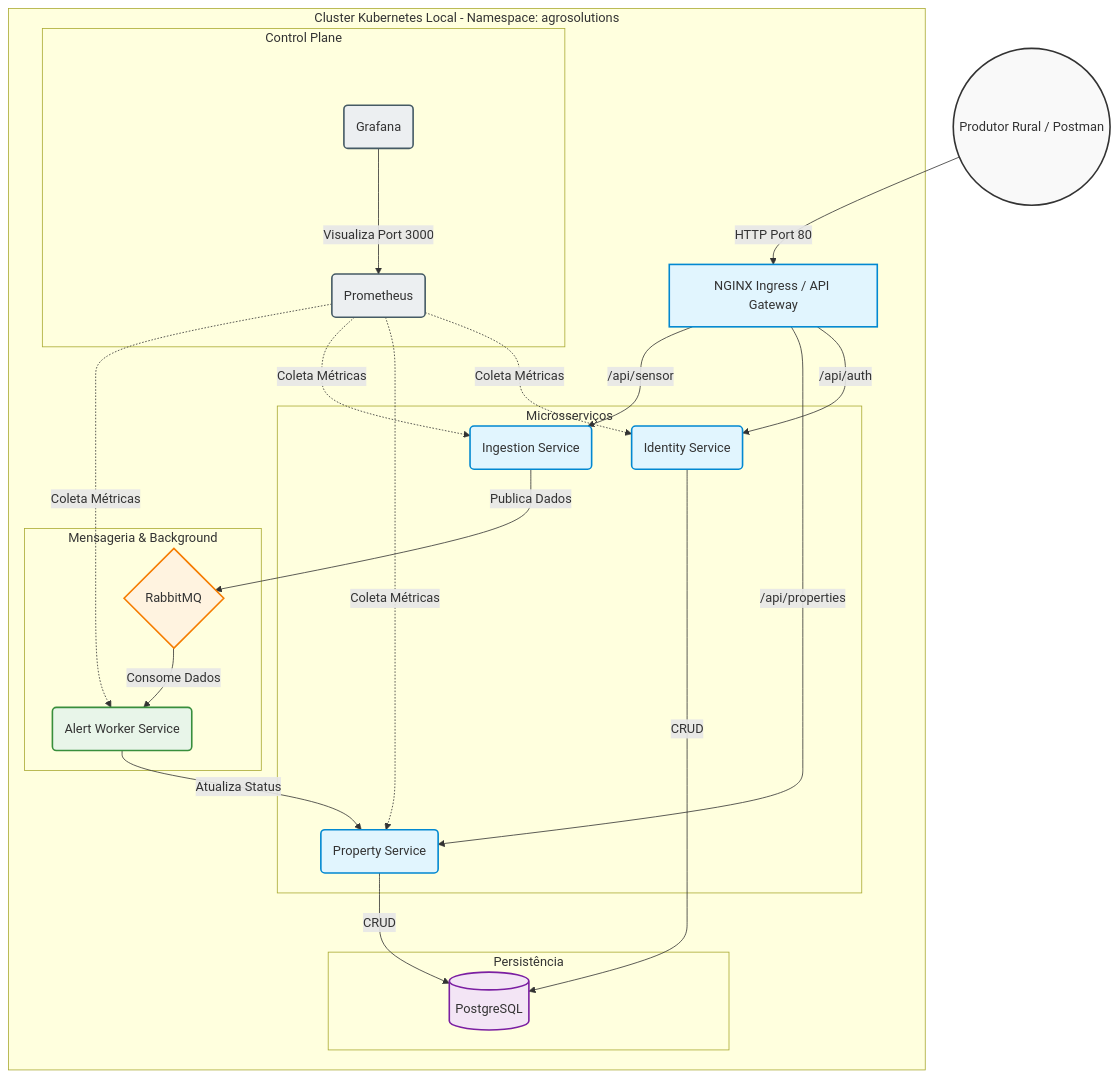
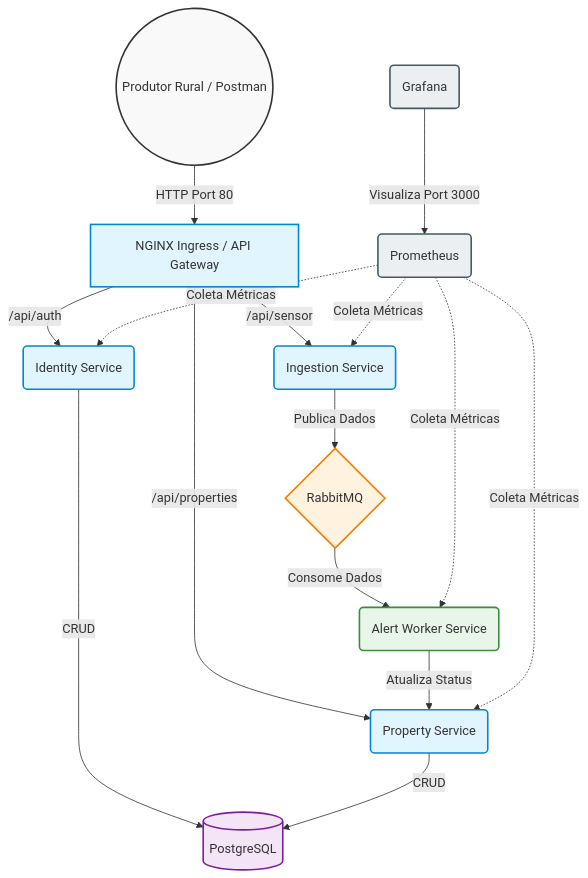
The diagram in README.md (thiagoreboredo/FIAP-AgroSolutions-Hackathon), drawn with Mermaid before and after one commit.

Commit message:
Ajuste no Diagrama de Arquitetura para renderizar corretamente.

````diff
--- a/README.md
+++ b/README.md
@@ -117,55 +117,44 @@
 ```mermaid
 graph TD
-    classDef client fill:#f9f9f9,stroke:#333,stroke-width:2px;
-    classDef api fill:#e1f5fe,stroke:#0288d1,stroke-width:2px;
-    classDef broker fill:#fff3e0,stroke:#f57c00,stroke-width:2px;
-    classDef worker fill:#e8f5e9,stroke:#388e3c,stroke-width:2px;
-    classDef db fill:#f3e5f5,stroke:#7b1fa2,stroke-width:2px;
-    classDef obs fill:#eceff1,stroke:#455a64,stroke-width:2px;
+    classDef client fill:#f9f9f9,stroke:#333,stroke-width:2px
+    classDef api fill:#e1f5fe,stroke:#0288d1,stroke-width:2px
+    classDef broker fill:#fff3e0,stroke:#f57c00,stroke-width:2px
+    classDef worker fill:#e8f5e9,stroke:#388e3c,stroke-width:2px
+    classDef db fill:#f3e5f5,stroke:#7b1fa2,stroke-width:2px
+    classDef obs fill:#eceff1,stroke:#455a64,stroke-width:2px
 
     User((Produtor Rural / Postman)):::client
-
-    subgraph K8s [Cluster Kubernetes Local - Namespace: agrosolutions]
-        
-        Gateway[NGINX Ingress / API Gateway]:::api
-        
-        subgraph APIs [Microsserviços]
-            IdAPI(Identity Service):::api
-            PropAPI(Property Service):::api
-            IngAPI(Ingestion Service):::api
-        end
-
-        subgraph Mensageria & Background
-            Broker{RabbitMQ}:::broker
-            Worker(Alert Worker Service):::worker
-        end
-
-        subgraph Persistência
-            DB[(PostgreSQL)]:::db
-        end
-
-        subgraph Observabilidade [Control Plane]
-            Prom(Prometheus):::obs
-            Graf(Grafana):::obs
-        end
-
-        Gateway -->|/api/auth| IdAPI
-        Gateway -->|/api/properties| PropAPI
-        Gateway -->|/api/sensor| IngAPI
-
-        IdAPI -->|CRUD| DB
-        PropAPI -->|CRUD| DB
-        
-        IngAPI -->|Publica Dados| Broker
-        Broker -->|Consome Dados| Worker
-        Worker -->|Atualiza Status| PropAPI
-
-        Prom -.->|Coleta Métricas| IdAPI
-        Prom -.->|Coleta Métricas| PropAPI
-        Prom -.->|Coleta Métricas| IngAPI
-        Prom -.->|Coleta Métricas| Worker
-        Graf -->|Visualiza Port 3000| Prom
-    end
+    
+    Gateway[NGINX Ingress / API Gateway]:::api
+    
+    IdAPI(Identity Service):::api
+    PropAPI(Property Service):::api
+    IngAPI(Ingestion Service):::api
+    
+    Broker{RabbitMQ}:::broker
+    Worker(Alert Worker Service):::worker
+    
+    DB[(PostgreSQL)]:::db
+    
+    Prom(Prometheus):::obs
+    Graf(Grafana):::obs
 
     User -->|HTTP Port 80| Gateway
+    
+    Gateway -->|/api/auth| IdAPI
+    Gateway -->|/api/properties| PropAPI
+    Gateway -->|/api/sensor| IngAPI
+
+    IdAPI -->|CRUD| DB
+    PropAPI -->|CRUD| DB
+    
+    IngAPI -->|Publica Dados| Broker
+    Broker -->|Consome Dados| Worker
+    Worker -->|Atualiza Status| PropAPI
+
+    Prom -.->|Coleta Métricas| IdAPI
+    Prom -.->|Coleta Métricas| PropAPI
+    Prom -.->|Coleta Métricas| IngAPI
+    Prom -.->|Coleta Métricas| Worker
+    Graf -->|Visualiza Port 3000| Prom
 ```
````
